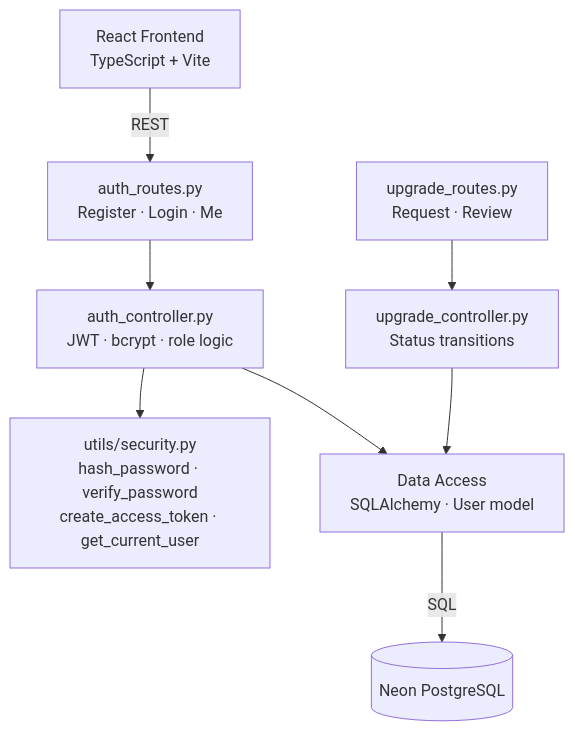
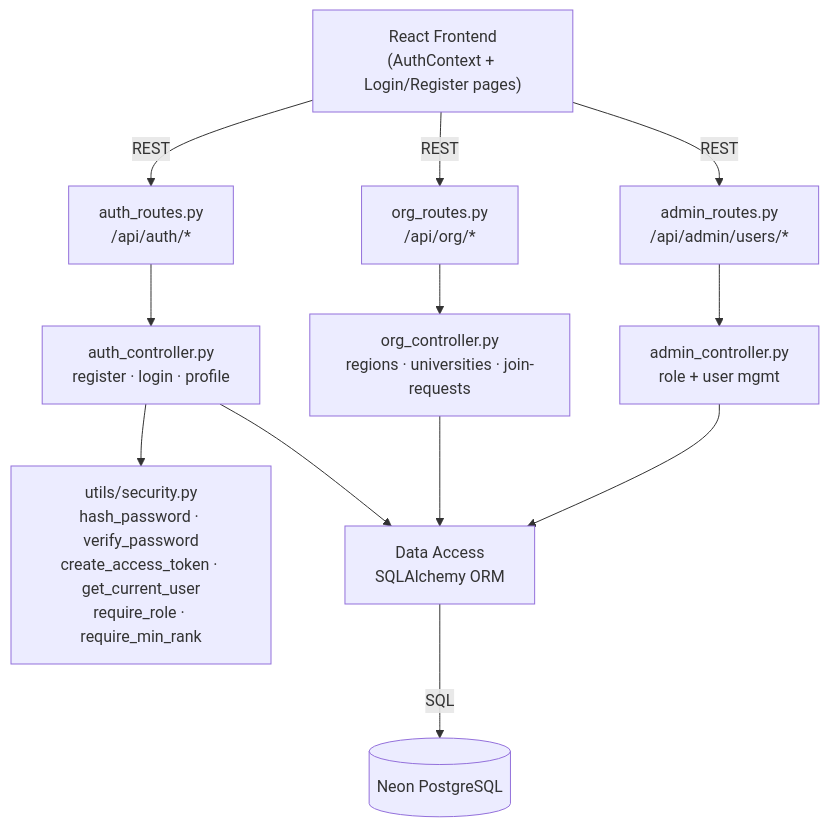
One commit to yazidha09/Hub4Learners changed the first of 4 diagrams in docs/sprints/SPRINT_1.md. Above: the diagram before and after it, drawn with Mermaid. The commit also changed other lines of this file and 5 other files, not shown here.

````diff
--- a/docs/sprints/SPRINT_1.md
+++ b/docs/sprints/SPRINT_1.md
@@ -33,10 +43,14 @@
 ```mermaid
 graph TD
-    A["React Frontend\nTypeScript + Vite"] -->|REST| B["auth_routes.py\nRegister · Login · Me"]
-    B --> C["auth_controller.py\nJWT · bcrypt · role logic"]
-    C --> D["utils/security.py\nhash_password · verify_password\ncreate_access_token · get_current_user"]
-    C --> E["Data Access\nSQLAlchemy · User model"]
-    E -->|SQL| F[("Neon PostgreSQL")]
-    B2["upgrade_routes.py\nRequest · Review"] --> C2["upgrade_controller.py\nStatus transitions"]
-    C2 --> E
+    A["React Frontend<br/>(AuthContext + Login/Register pages)"] -->|REST| B["auth_routes.py<br/>/api/auth/*"]
+    A -->|REST| C["org_routes.py<br/>/api/org/*"]
+    A -->|REST| D["admin_routes.py<br/>/api/admin/users/*"]
+    B --> E["auth_controller.py<br/>register · login · profile"]
+    C --> F["org_controller.py<br/>regions · universities · join-requests"]
+    D --> G["admin_controller.py<br/>role + user mgmt"]
+    E --> H["utils/security.py<br/>hash_password · verify_password<br/>create_access_token · get_current_user<br/>require_role · require_min_rank"]
+    E --> I["Data Access<br/>SQLAlchemy ORM"]
+    F --> I
+    G --> I
+    I -->|SQL| J[("Neon PostgreSQL")]
 ```
````
